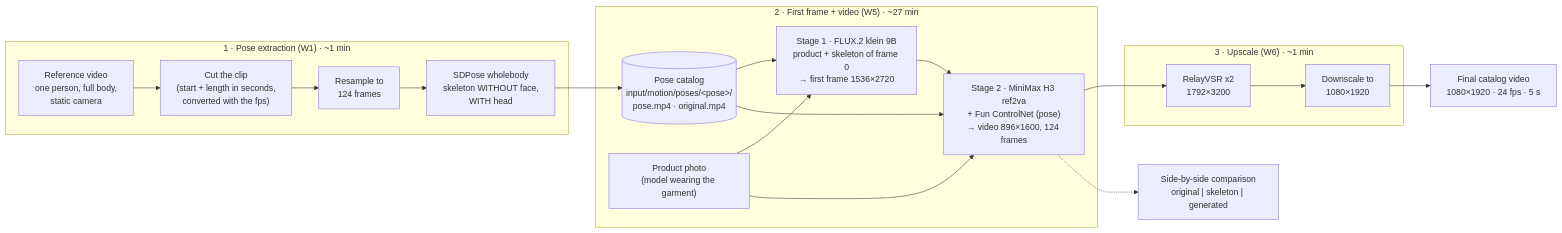
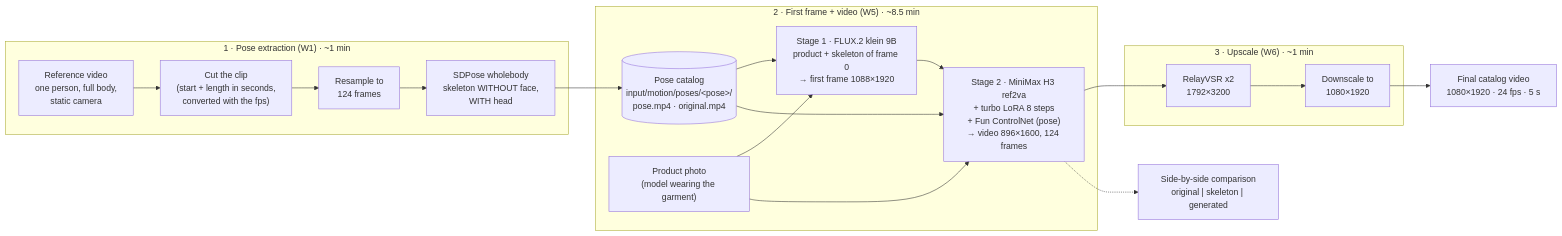
One commit to LuanVelo/fashion-pose-to-video changed the diagram in README.md. Above: the diagram before and after it, drawn with Mermaid. The commit also changed other lines of this file and 6 other files, not shown here.

````diff
--- a/README.md
+++ b/README.md
@@ -32,26 +32,26 @@
 ```mermaid
 flowchart LR
     subgraph P1["1 · Pose extraction (W1) · ~1 min"]
         A["Reference video<br/>one person, full body,<br/>static camera"] --> B["Cut the clip<br/>(start + length in seconds,<br/>converted with the fps)"]
         B --> C["Resample to<br/>124 frames"]
         C --> D["SDPose wholebody<br/>skeleton WITHOUT face,<br/>WITH head"]
     end
 
     D --> K[("Pose catalog<br/>input/motion/poses/#lt;pose#gt;/<br/>pose.mp4 · original.mp4")]
 
-    subgraph P2["2 · First frame + video (W5) · ~27 min"]
-        E["Product photo<br/>(model wearing the garment)"] --> F["Stage 1 · FLUX.2 klein 9B<br/>product + skeleton of frame 0<br/>→ first frame 1536×2720"]
+    subgraph P2["2 · First frame + video (W5) · ~8.5 min"]
+        E["Product photo<br/>(model wearing the garment)"] --> F["Stage 1 · FLUX.2 klein 9B<br/>product + skeleton of frame 0<br/>→ first frame 1088×1920"]
         K --> F
-        F --> G["Stage 2 · MiniMax H3 ref2va<br/>+ Fun ControlNet (pose)<br/>→ video 896×1600, 124 frames"]
+        F --> G["Stage 2 · MiniMax H3 ref2va<br/>+ turbo LoRA 8 steps<br/>+ Fun ControlNet (pose)<br/>→ video 896×1600, 124 frames"]
         K --> G
         E --> G
     end
 
     subgraph P3["3 · Upscale (W6) · ~1 min"]
         H["RelayVSR x2<br/>1792×3200"] --> I["Downscale to<br/>1080×1920"]
     end
 
     G --> H
     I --> J["Final catalog video<br/>1080×1920 · 24 fps · 5 s"]
     G -.-> L["Side-by-side comparison<br/>original | skeleton | generated"]
 ```
````
